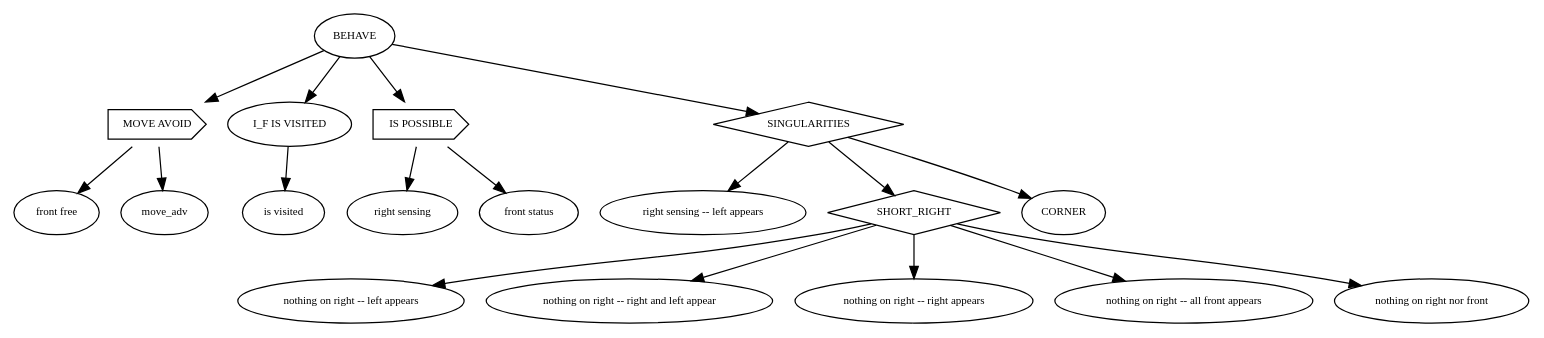
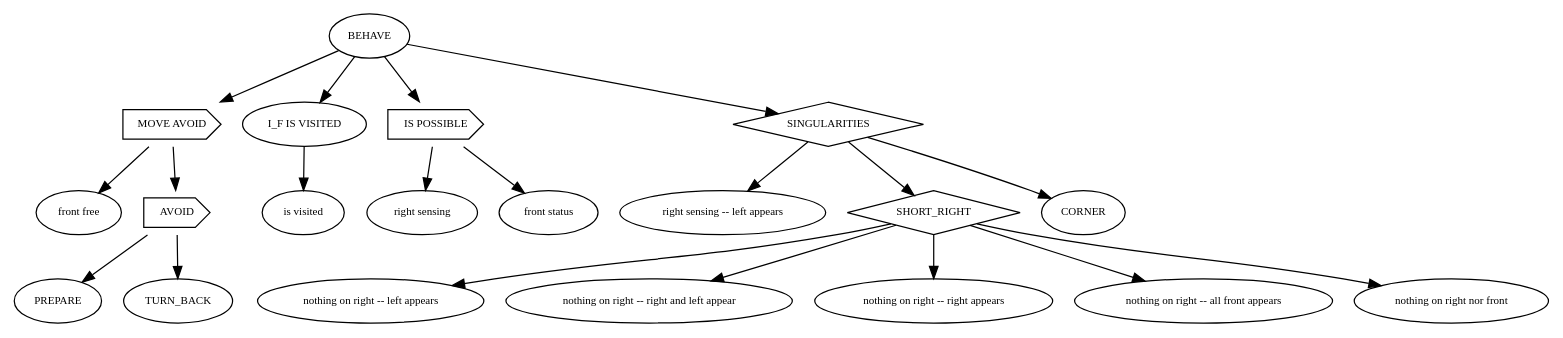
One commit to jescasany/adaptor001 changed the diagram in tree.dot. Above: the diagram before and after it, drawn with Graphviz. The commit also changed 5 other files, not shown here.

```diff
--- a/tree.dot
+++ b/tree.dot
@@ -1,30 +1,33 @@
 strict digraph  {
 	graph [bgcolor=white,
 		ordering=out,
 		rotate=0
 	];
 	node [color=black,
 		fontsize=9
 	];
 	"MOVE AVOID"	 [shape=cds];
 	BEHAVE -> "MOVE AVOID";
 	BEHAVE -> "I_F IS VISITED";
 	"IS POSSIBLE"	 [shape=cds];
 	BEHAVE -> "IS POSSIBLE";
 	SINGULARITIES	 [shape=diamond];
 	BEHAVE -> SINGULARITIES;
 	"MOVE AVOID" -> "front free";
-	"MOVE AVOID" -> move_adv;
+	AVOID	 [shape=cds];
+	"MOVE AVOID" -> AVOID;
+	AVOID -> PREPARE;
+	AVOID -> TURN_BACK;
 	"I_F IS VISITED" -> "is visited";
 	"IS POSSIBLE" -> "right sensing";
 	"IS POSSIBLE" -> "front status";
 	SINGULARITIES -> "right sensing -- left appears";
 	SHORT_RIGHT	 [shape=diamond];
 	SINGULARITIES -> SHORT_RIGHT;
 	SINGULARITIES -> CORNER;
 	SHORT_RIGHT -> "nothing on right -- left appears";
 	SHORT_RIGHT -> "nothing on right -- right and left appear";
 	SHORT_RIGHT -> "nothing on right -- right appears";
 	SHORT_RIGHT -> "nothing on right -- all front appears";
 	SHORT_RIGHT -> "nothing on right nor front";
 }
```
